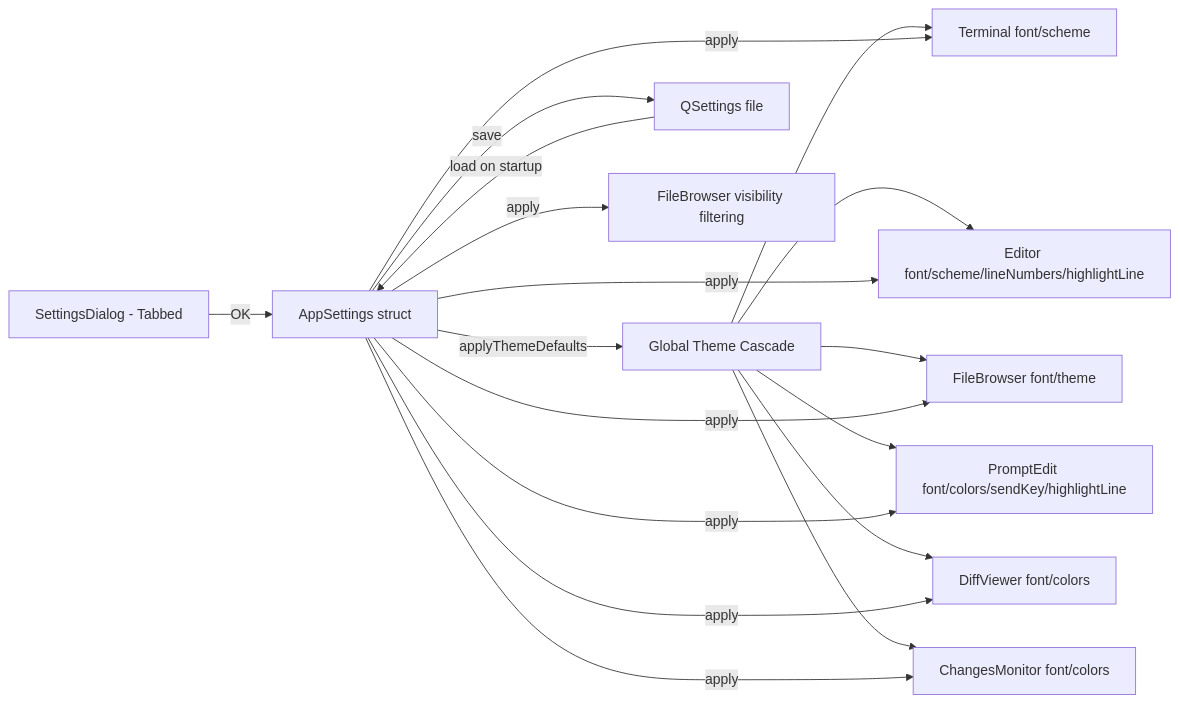
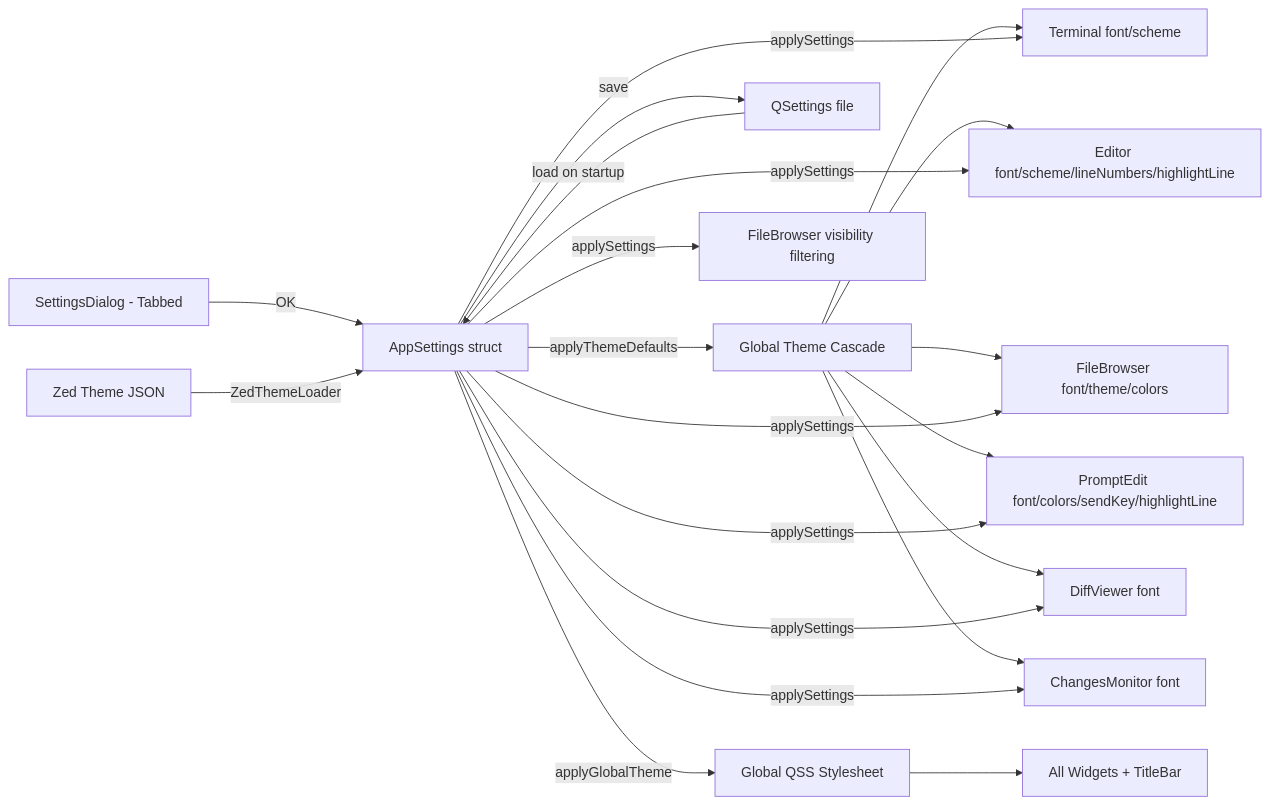
Before and after one commit to dkrse/vibe-coder: diagram 13 of 15 in docs/diagrams.md, drawn with Mermaid. The commit also changed other lines of this file and 8 other files, not shown here.

````diff
--- a/docs/diagrams.md
+++ b/docs/diagrams.md
@@ -427,15 +464,18 @@
 ```mermaid
 flowchart LR
     A[SettingsDialog - Tabbed] -->|OK| B[AppSettings struct]
     B -->|applyThemeDefaults| TH[Global Theme Cascade]
+    ZED[Zed Theme JSON] -->|ZedThemeLoader| B
     TH --> D & E & F & G & DV & CM2
     B -->|save| C[QSettings file]
-    B -->|apply| D[Terminal font/scheme]
-    B -->|apply| E[Editor font/scheme/lineNumbers/highlightLine]
-    B -->|apply| VIS[FileBrowser visibility filtering]
-    B -->|apply| F[FileBrowser font/theme]
-    B -->|apply| G[PromptEdit font/colors/sendKey/highlightLine]
-    B -->|apply| DV[DiffViewer font/colors]
-    B -->|apply| CM2[ChangesMonitor font/colors]
+    B -->|applyGlobalTheme| SS[Global QSS Stylesheet]
+    SS --> ALL[All Widgets + TitleBar]
+    B -->|applySettings| D[Terminal font/scheme]
+    B -->|applySettings| E[Editor font/scheme/lineNumbers/highlightLine]
+    B -->|applySettings| VIS[FileBrowser visibility filtering]
+    B -->|applySettings| F[FileBrowser font/theme/colors]
+    B -->|applySettings| G[PromptEdit font/colors/sendKey/highlightLine]
+    B -->|applySettings| DV[DiffViewer font]
+    B -->|applySettings| CM2[ChangesMonitor font]
     C -->|load on startup| B
 ```
````
